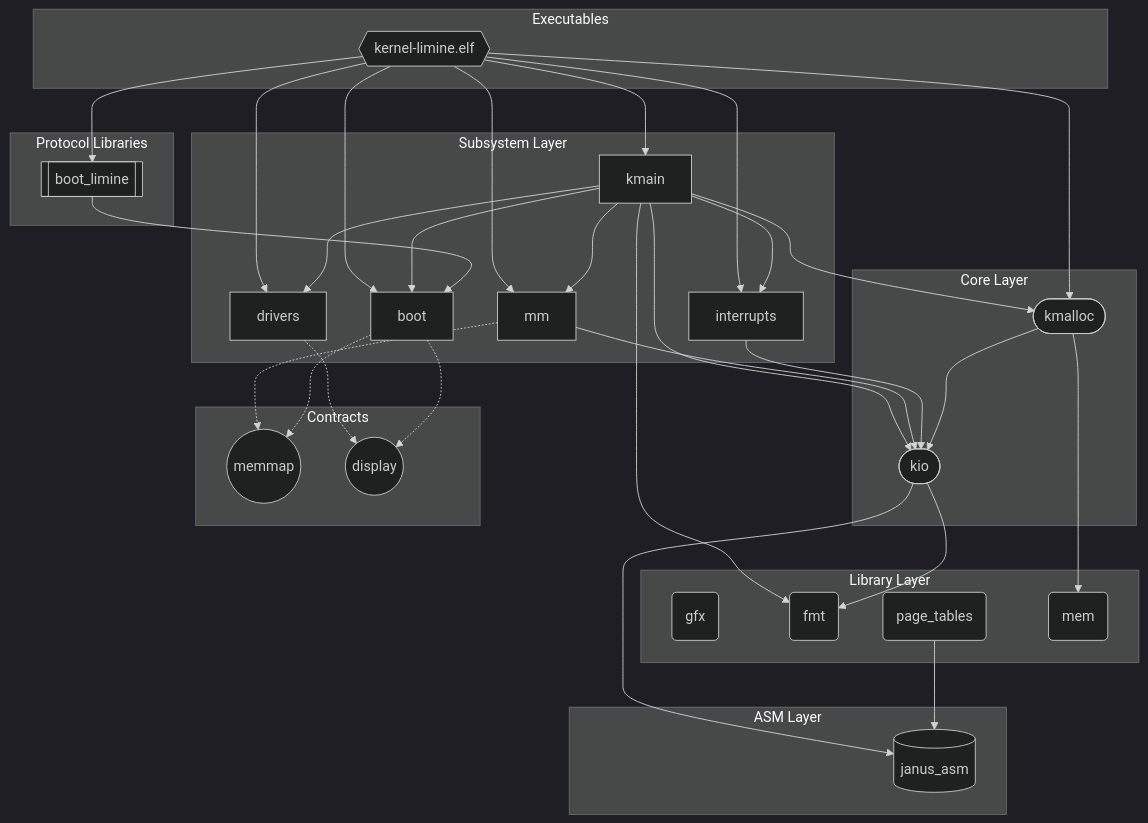
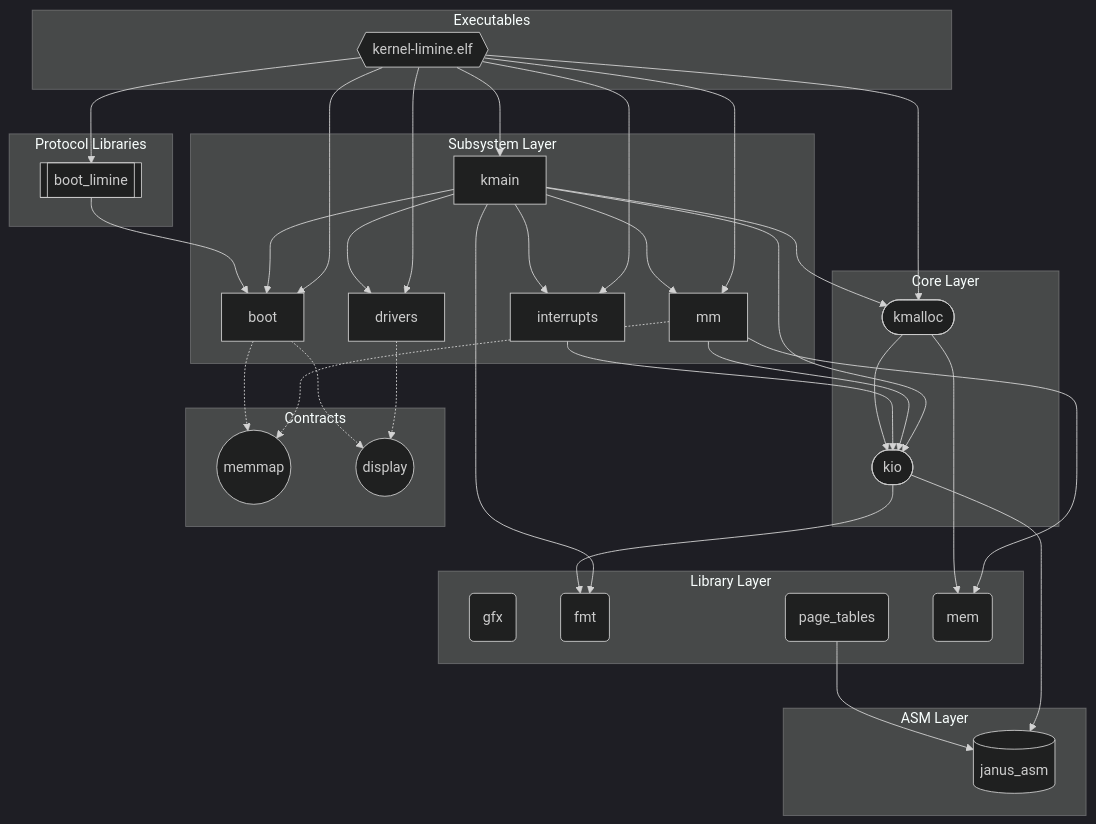
Before and after one commit to FrederikTobner/JANUS: the diagram in docs/generated/deps-aarch64.md, drawn with Mermaid (dark theme). The commit also changed 2 other files, not shown here.

Commit message:
fixing workflows

````diff
--- a/docs/generated/deps-aarch64.md
+++ b/docs/generated/deps-aarch64.md
@@ -3,59 +3,60 @@
 ```mermaid
 graph TD
   subgraph library_layer["Library Layer"]
     gfx("gfx")
     fmt("fmt")
     page_tables("page_tables")
     mem("mem")
   end
   subgraph core_layer["Core Layer"]
     kio(["kio"])
     kmalloc(["kmalloc"])
   end
   subgraph subsystem_layer["Subsystem Layer"]
     boot["boot"]
     drivers["drivers"]
     interrupts["interrupts"]
     mm["mm"]
     kmain["kmain"]
   end
   subgraph protocol_libraries["Protocol Libraries"]
     boot_limine[["boot_limine"]]
   end
   subgraph executables["Executables"]
     kernel_limine_elf{{"kernel-limine.elf"}}
   end
   subgraph asm_layer["ASM Layer"]
     janus_asm[("janus_asm")]
   end
   subgraph contracts["Contracts"]
     janus_contract_memmap(("memmap"))
     janus_contract_display(("display"))
   end
   page_tables --> janus_asm
   kio --> fmt
   kio --> janus_asm
   kmalloc --> mem
   kmalloc --> kio
   boot -.-> janus_contract_memmap
   boot -.-> janus_contract_display
   boot_limine --> boot
   drivers -.-> janus_contract_display
   interrupts --> kio
   mm --> kio
+  mm --> mem
   mm -.-> janus_contract_memmap
   kmain --> drivers
   kmain --> boot
   kmain --> fmt
   kmain --> interrupts
   kmain --> kio
   kmain --> kmalloc
   kmain --> mm
   kernel_limine_elf --> boot
   kernel_limine_elf --> boot_limine
   kernel_limine_elf --> drivers
   kernel_limine_elf --> interrupts
   kernel_limine_elf --> kmalloc
   kernel_limine_elf --> mm
   kernel_limine_elf --> kmain
 ```
````
